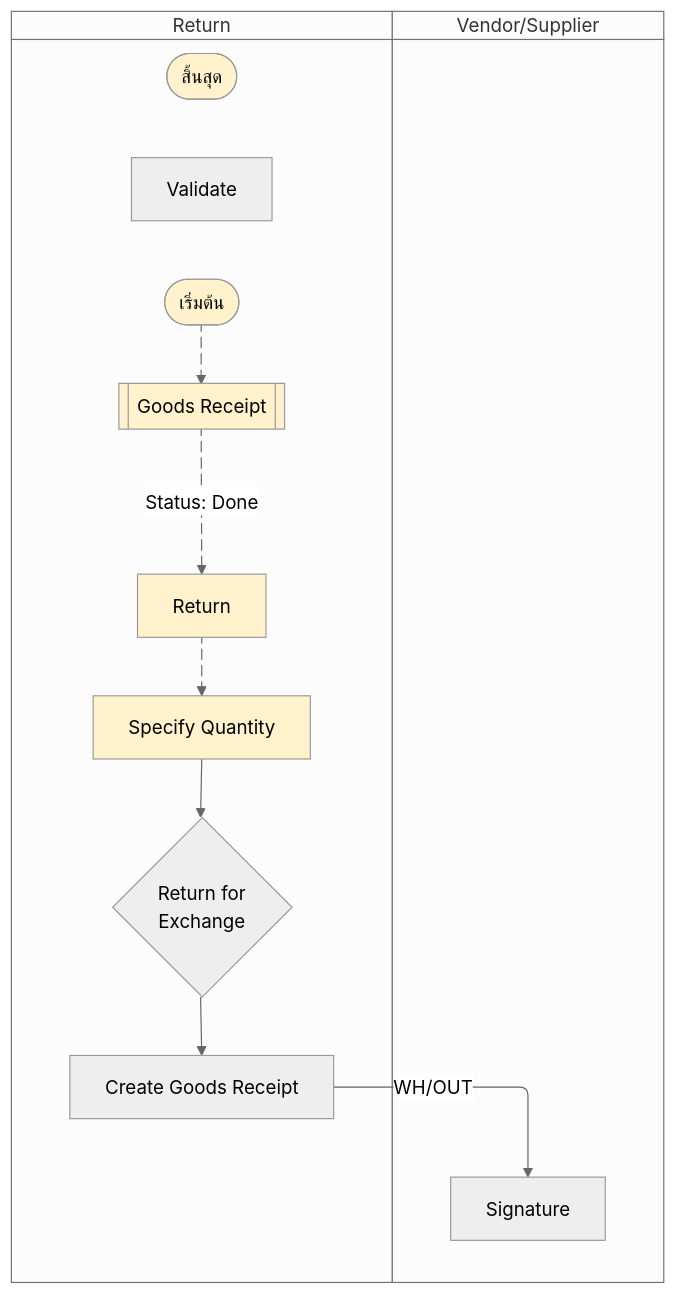
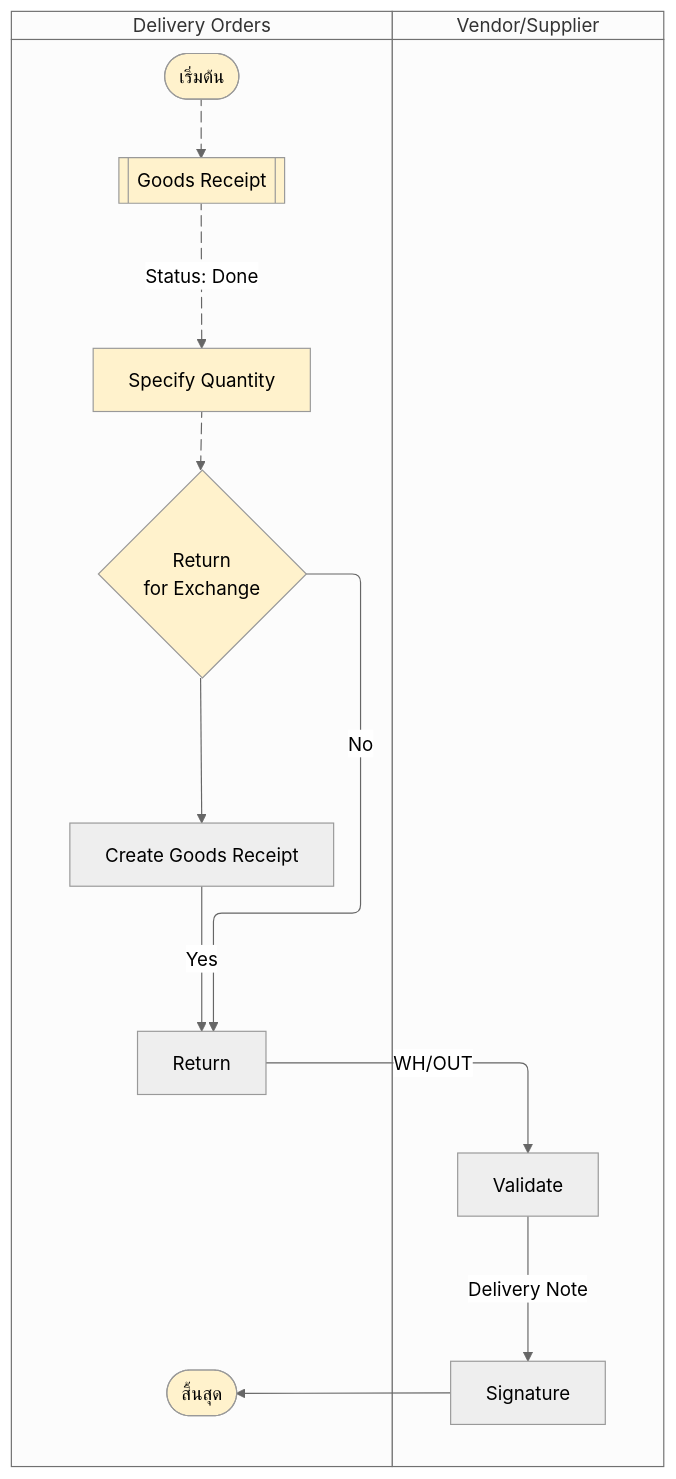
Before and after one commit to sonramsiriratpde/pem-process: the diagram in to-be_process/return_goods.mermaid, drawn with Mermaid (neutral theme).

```diff
--- a/to-be_process/return_goods.mermaid
+++ b/to-be_process/return_goods.mermaid
@@ -1,41 +1,48 @@
 swimlane-beta TB
-  subgraph Return
+
+  subgraph Delivery Orders
     start([เริ่มต้น])
     done([สิ้นสุด])
 
     rt1[[Goods Receipt]]
-    rt2[Return]
-    rt3[Specify Quantity]
+    rt2[Specify Quantity]
     
     %% Return for Exchange
-    rt4{Return for
-    Exchange}
-    rt5[Create Goods Receipt]
-    rt6[Validate]
+    rt3{Return 
+    for Exchange}
+    rt4[Create Goods Receipt]
 
     %% Return
+    rt5[Return]
   end
 
   subgraph Vendor/Supplier
-    sup1[Signature]
+    sup1[Validate]
+    sup2[Signature]
   end
 
-  %% Create backorder
   start e1@--> rt1
   rt1 e2@-->| Status: Done | rt2
   rt2 e3@--> rt3
   rt3 --> rt4
-  rt4 --> rt5
+  
+  %% Return for Exchange
+  rt4 -->| Yes | rt5
   rt5 -->| WH/OUT | sup1
+  sup1 -->| Delivery Note | sup2
+  sup2 --> done
+
+  %% Return
+  rt3 -->| No | rt5
 
   classDef attention fill:#fff2cc;
   class start attention;
   class done attention;
 
   class rt1 attention;
   class rt2 attention;
   class rt3 attention;
 
   e1@{ animate: true}
   e2@{ animate: true}
   e3@{ animate: true}
```
